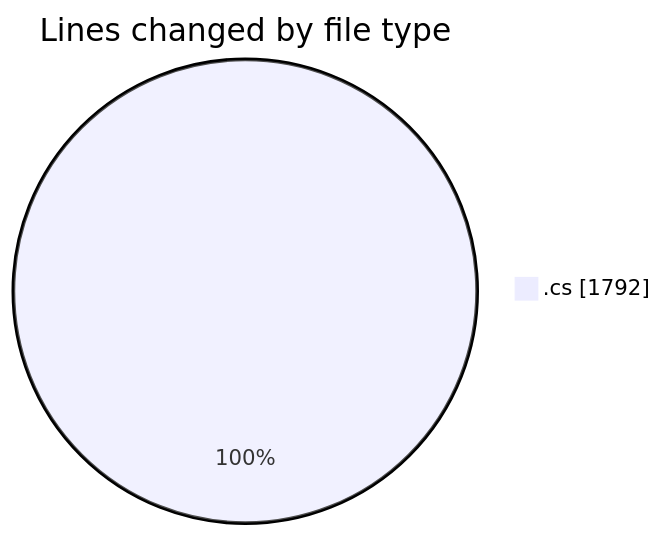
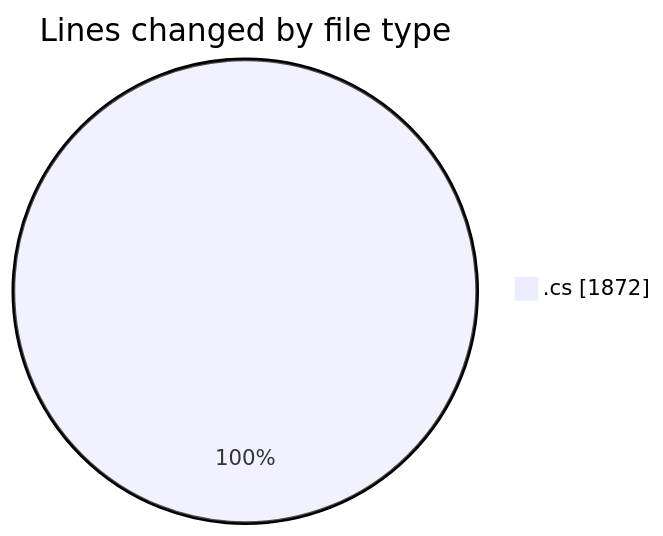
One commit to Netris89/code-tracking changed the first of 2 diagrams in 2025-03-26/back-end/README.md. Above: the diagram before and after it, drawn with Mermaid. The commit also changed other lines of this file and 1 other file, not shown here.

````diff
--- a/2025-03-26/back-end/README.md
+++ b/2025-03-26/back-end/README.md
@@ -35,5 +36,5 @@
 ```mermaid
 pie showData
 title Lines changed by file type
-".cs" : 1792
+".cs" : 1872
 ```
````
